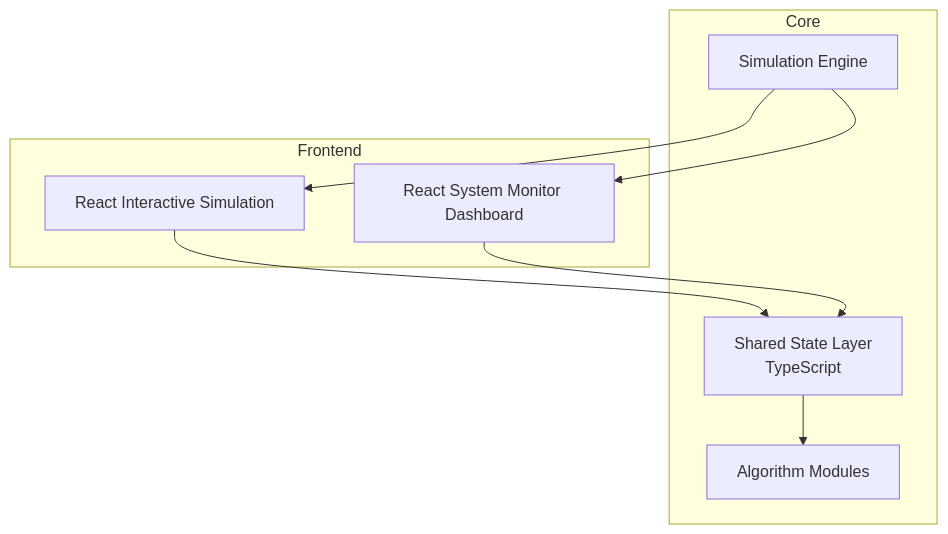
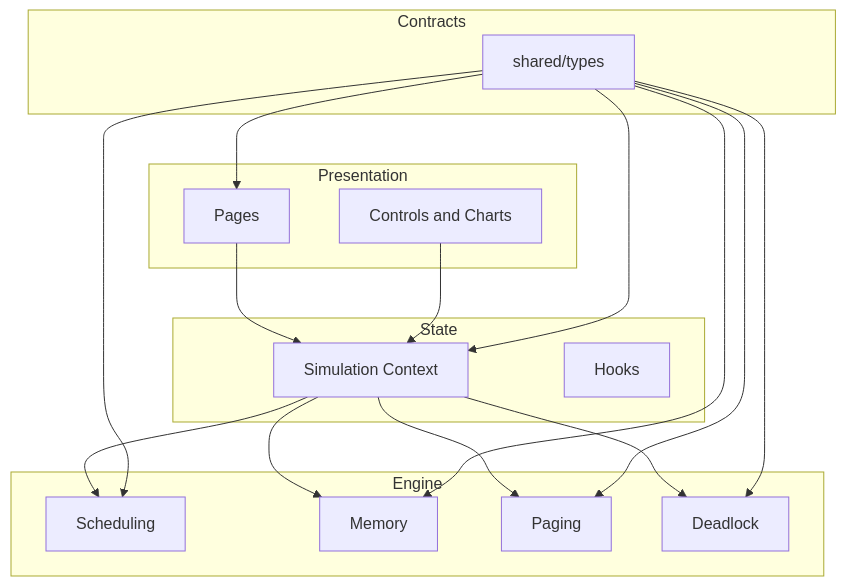
Before and after one commit to ramalokeshreddyp/KernelCanvas: the second of 5 diagrams in projectdocumentation.md, drawn with Mermaid. The commit also changed other lines of this file and 51 other files, not shown here.

````diff
--- a/projectdocumentation.md
+++ b/projectdocumentation.md
@@ -27,19 +34,36 @@
 ```mermaid
 flowchart TB
-  subgraph Core
-    ENG[Simulation Engine]
-    ALG[Algorithm Modules]
-    SH[Shared State Layer\nTypeScript]
+  subgraph Presentation
+    UI1[Pages]
+    UI2[Controls and Charts]
   end
 
-  subgraph Frontend
-    REACT[React Interactive Simulation]
-    ANG[React System Monitor Dashboard]
+  subgraph State
+    ST1[Simulation Context]
+    ST2[Hooks]
   end
 
-  ENG --> REACT
-  ENG --> ANG
-  REACT --> SH
-  ANG --> SH
-  SH --> ALG
+  subgraph Engine
+    EN1[Scheduling]
+    EN2[Memory]
+    EN3[Paging]
+    EN4[Deadlock]
+  end
+
+  subgraph Contracts
+    SH[shared/types]
+  end
+
+  UI1 --> ST1
+  UI2 --> ST1
+  ST1 --> EN1
+  ST1 --> EN2
+  ST1 --> EN3
+  ST1 --> EN4
+  SH --> UI1
+  SH --> ST1
+  SH --> EN1
+  SH --> EN2
+  SH --> EN3
+  SH --> EN4
 ```
````
